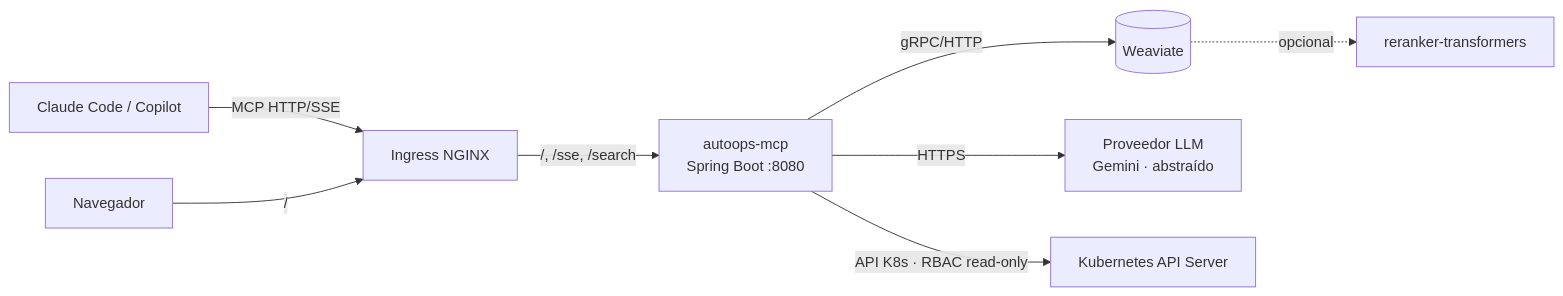
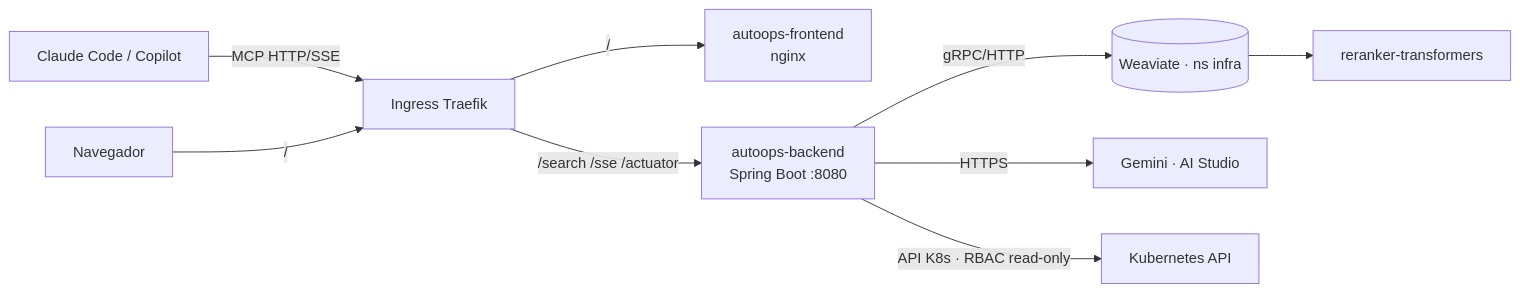
One commit to mikel0ne/ai-platform-portfolio changed the diagram in autoops/docs/infraestructura/README.md. Above: the diagram before and after it, drawn with Mermaid. The commit also changed other lines of this file and 4 other files, not shown here.

Commit message:
docs(autoops): align infrastructure docs with the real deployment (traefik, shared weaviate)

````diff
--- a/autoops/docs/infraestructura/README.md
+++ b/autoops/docs/infraestructura/README.md
@@ -38,10 +26,11 @@
 ```mermaid
 flowchart LR
-    CC[Claude Code / Copilot] -->|MCP HTTP/SSE| I[Ingress NGINX]
-    BR[Navegador] -->|/| I
-    I -->|/, /sse, /search| A[autoops-mcp<br/>Spring Boot :8080]
-    A -->|gRPC/HTTP| W[(Weaviate)]
-    W -.->|opcional| R[reranker-transformers]
-    A -->|HTTPS| LLM[Proveedor LLM<br/>Gemini · abstraído]
-    A -->|API K8s · RBAC read-only| K8S[Kubernetes API Server]
+    CC[Claude Code / Copilot] -->|MCP HTTP/SSE| T[Ingress Traefik]
+    BR[Navegador] -->|/| T
+    T -->|/| F[autoops-frontend<br/>nginx]
+    T -->|/search /sse /actuator| A[autoops-backend<br/>Spring Boot :8080]
+    A -->|gRPC/HTTP| W[(Weaviate · ns infra)]
+    W --> R[reranker-transformers]
+    A -->|HTTPS| LLM[Gemini · AI Studio]
+    A -->|API K8s · RBAC read-only| K8S[Kubernetes API]
 ```
````
